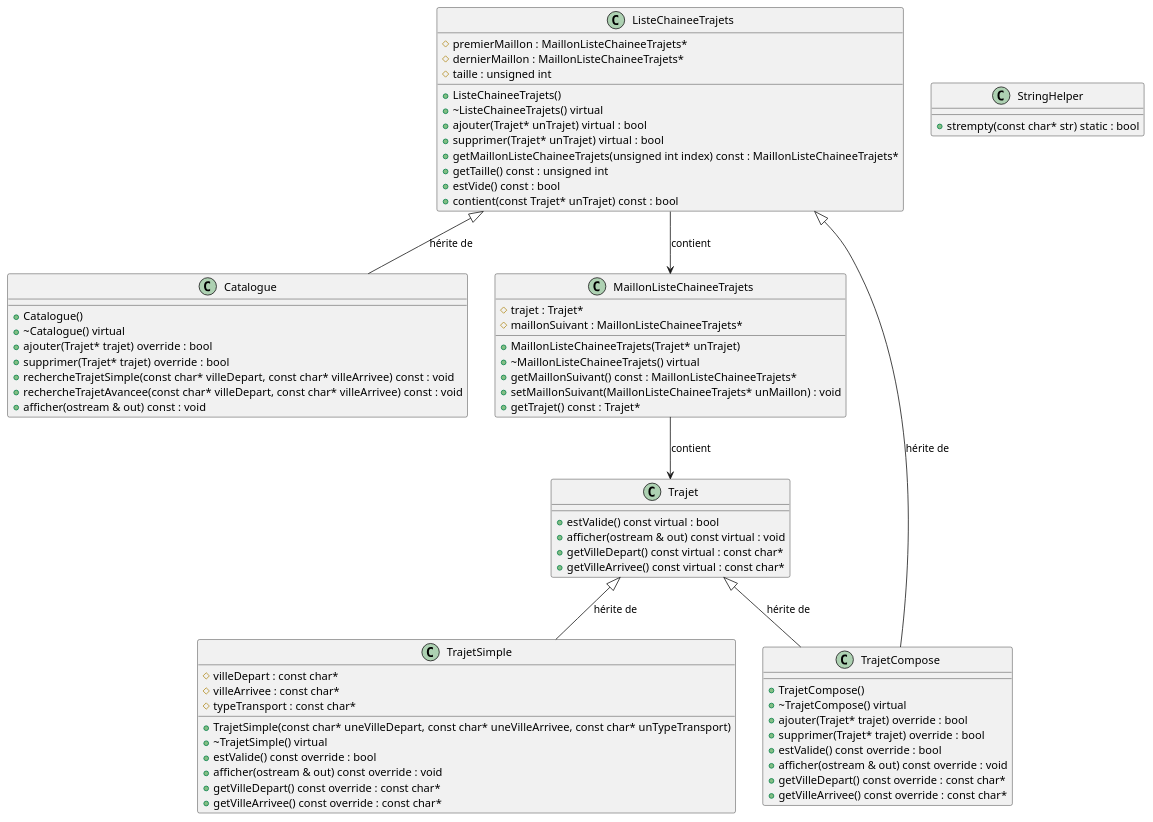
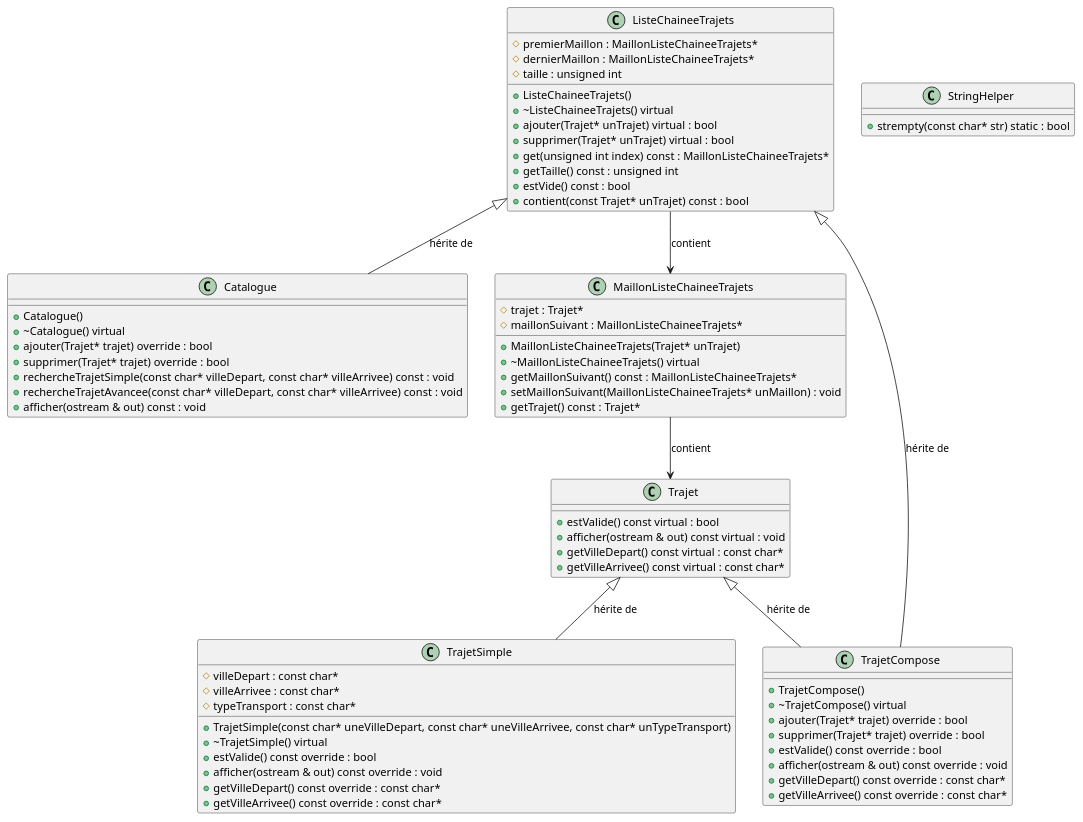
Before and after one commit to LogarithmeNeper/CPP_TP2: the diagram in doc/class-diagram.pu, drawn with PlantUML. The commit also changed 3 other files, not shown here.

Commit message:
refactor/Changed getMaillon[...] from index to get(i)

```diff
--- a/doc/class-diagram.pu
+++ b/doc/class-diagram.pu
@@ -1,83 +1,83 @@
 @startuml
 
 class Catalogue {
   +Catalogue()
   +~Catalogue() virtual
   +ajouter(Trajet* trajet) override : bool
   +supprimer(Trajet* trajet) override : bool
   +rechercheTrajetSimple(const char* villeDepart, const char* villeArrivee) const : void
   +rechercheTrajetAvancee(const char* villeDepart, const char* villeArrivee) const : void
   +afficher(ostream & out) const : void
 }
 
 class ListeChaineeTrajets {
   #premierMaillon : MaillonListeChaineeTrajets*
   #dernierMaillon : MaillonListeChaineeTrajets*
   #taille : unsigned int
   +ListeChaineeTrajets()
   +~ListeChaineeTrajets() virtual
   +ajouter(Trajet* unTrajet) virtual : bool
   +supprimer(Trajet* unTrajet) virtual : bool
-  +getMaillonListeChaineeTrajets(unsigned int index) const : MaillonListeChaineeTrajets*
+  +get(unsigned int index) const : MaillonListeChaineeTrajets*
   +getTaille() const : unsigned int
   +estVide() const : bool
   +contient(const Trajet* unTrajet) const : bool
 }
 
 class MaillonListeChaineeTrajets {
   #trajet : Trajet*
   #maillonSuivant : MaillonListeChaineeTrajets*
   +MaillonListeChaineeTrajets(Trajet* unTrajet)
   +~MaillonListeChaineeTrajets() virtual
   +getMaillonSuivant() const : MaillonListeChaineeTrajets*
   +setMaillonSuivant(MaillonListeChaineeTrajets* unMaillon) : void
   +getTrajet() const : Trajet*
 }
 
 class StringHelper {
   +strempty(const char* str) static : bool
 }
 
 class Trajet {
   +estValide() const virtual : bool
   +afficher(ostream & out) const virtual : void
   +getVilleDepart() const virtual : const char*
   +getVilleArrivee() const virtual : const char*
 }
 
 class TrajetCompose  {
   +TrajetCompose()
   +~TrajetCompose() virtual
   +ajouter(Trajet* trajet) override : bool
   +supprimer(Trajet* trajet) override : bool
   +estValide() const override : bool
   +afficher(ostream & out) const override : void
   +getVilleDepart() const override : const char*
   +getVilleArrivee() const override : const char*
 }
 
 class TrajetSimple {
   #villeDepart : const char*
   #villeArrivee : const char*
   #typeTransport : const char*
   +TrajetSimple(const char* uneVilleDepart, const char* uneVilleArrivee, const char* unTypeTransport)
   +~TrajetSimple() virtual
   +estValide() const override : bool
   +afficher(ostream & out) const override : void
   +getVilleDepart() const override : const char*
   +getVilleArrivee() const override : const char*
 }
 
 ListeChaineeTrajets <|-- Catalogue : "hérite de"
 
 Trajet <|-- TrajetSimple : "hérite de"
 
 Trajet <|-- TrajetCompose : "hérite de"
 
 ListeChaineeTrajets <|-- TrajetCompose : "hérite de"
 
 ListeChaineeTrajets --> MaillonListeChaineeTrajets : "contient"
 
 MaillonListeChaineeTrajets --> Trajet : "contient"
 
 @enduml
```
